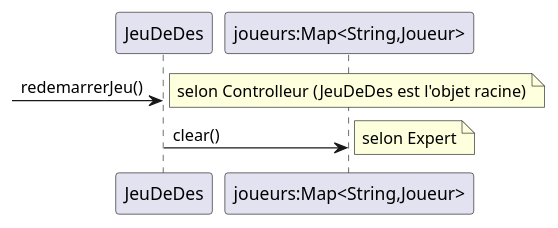
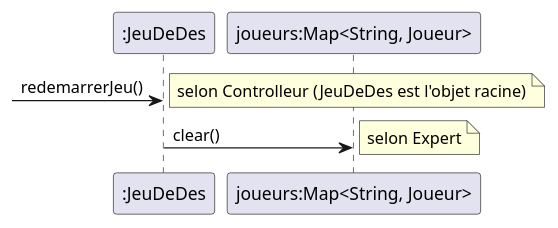
Before and after one commit to cc-probitaille/laboratoire-0-Alexis00Roy: the diagram in docs/modeles/rdcu-redemarrerJeu.puml, drawn with PlantUML.

```diff
--- a/docs/modeles/rdcu-redemarrerJeu.puml
+++ b/docs/modeles/rdcu-redemarrerJeu.puml
@@ -1,8 +1,8 @@
 @startuml
-participant "JeuDeDes" as J
-participant "joueurs:Map<String,Joueur>" as M
+participant ":JeuDeDes" as J
+participant "joueurs:Map<String, Joueur>" as M
 ->J:redemarrerJeu()
 note right:selon Controlleur (JeuDeDes est l'objet racine)
 J->M:clear()
 note right: selon Expert
 @enduml
```
